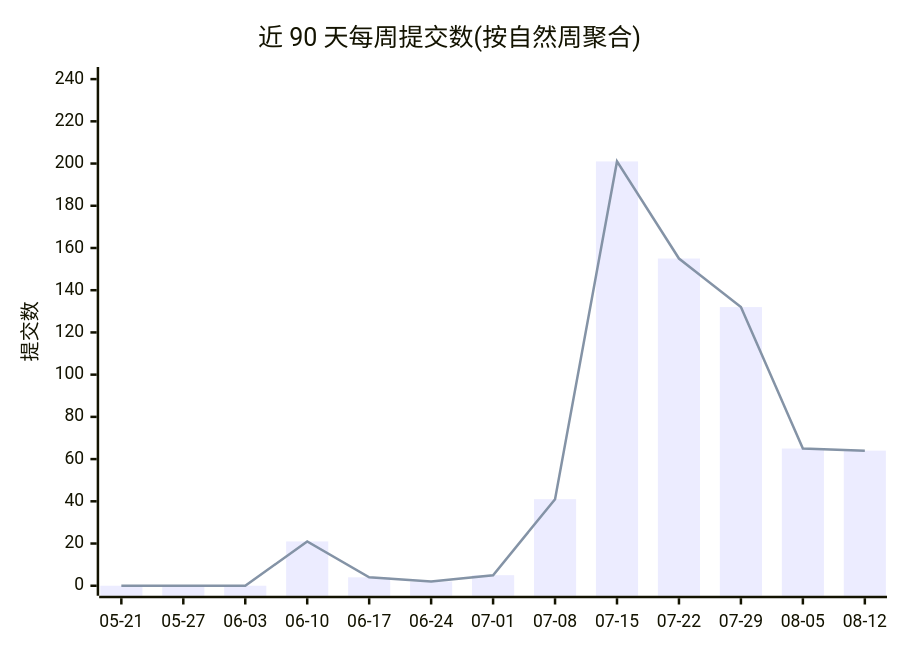
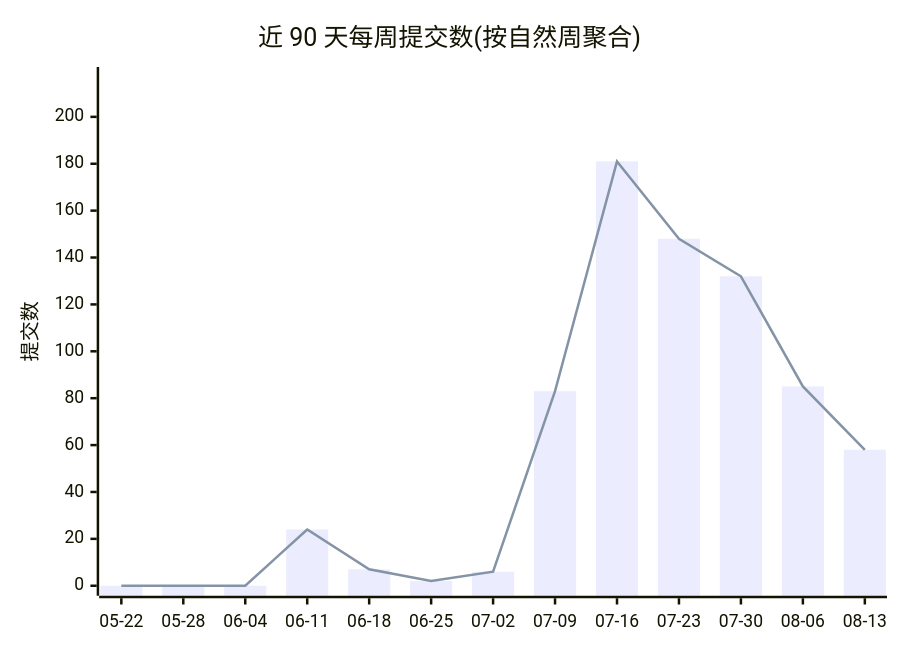
One commit to Conflux-Union/.github changed the first of 2 diagrams in profile/README.md. Above: the diagram before and after it, drawn with Mermaid. The commit also changed other lines of this file and 1 other file, not shown here.

````diff
--- a/profile/README.md
+++ b/profile/README.md
@@ -44,8 +44,8 @@
 ```mermaid
 xychart-beta
     title "近 90 天每周提交数(按自然周聚合)"
-    x-axis ["05-21", "05-27", "06-03", "06-10", "06-17", "06-24", "07-01", "07-08", "07-15", "07-22", "07-29", "08-05", "08-12"]
-    y-axis "提交数" 0 --> 241
-    bar [0, 0, 0, 21, 4, 2, 5, 41, 201, 155, 132, 65, 64]
-    line [0, 0, 0, 21, 4, 2, 5, 41, 201, 155, 132, 65, 64]
+    x-axis ["05-22", "05-28", "06-04", "06-11", "06-18", "06-25", "07-02", "07-09", "07-16", "07-23", "07-30", "08-06", "08-13"]
+    y-axis "提交数" 0 --> 217
+    bar [0, 0, 0, 24, 7, 2, 6, 83, 181, 148, 132, 85, 58]
+    line [0, 0, 0, 24, 7, 2, 6, 83, 181, 148, 132, 85, 58]
 ```
````
